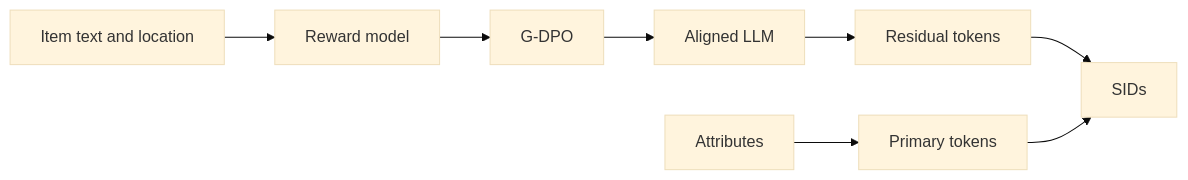
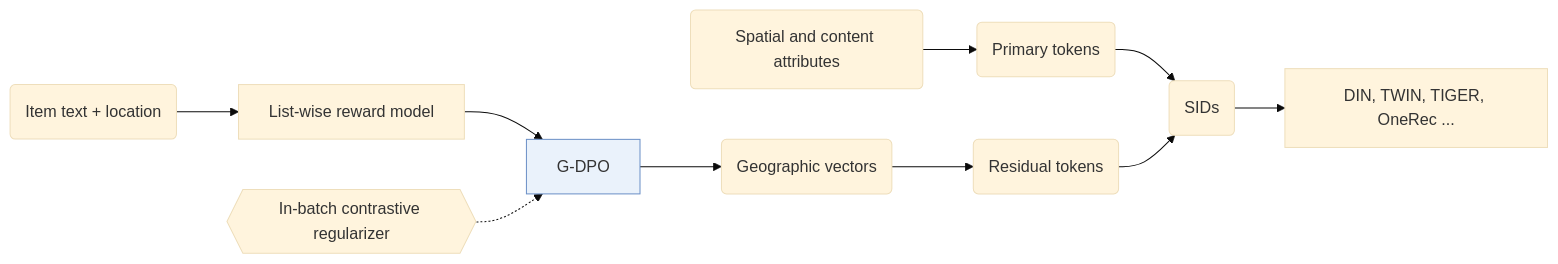
Before and after one commit to Galaxy-ghost/Awesome-SID-Generative-Rec: the diagram in notes/lgsid.md, drawn with Mermaid (base theme). The commit also changed 521 other files, not shown here.

Commit message:
writer-04 part 3: algorithm diagrams with shared shape conventions, README hero and paper cards, archive removed

````diff
--- a/notes/lgsid.md
+++ b/notes/lgsid.md
@@ -13,10 +13,13 @@
 ```mermaid
 flowchart LR
-    A[Item text and location] --> B[Reward model]
-    B --> C[G-DPO]
-    C --> D[Aligned LLM]
-    D --> E[Residual tokens]
-    F[Attributes] --> G[Primary tokens]
-    E --> H[SIDs]
-    G --> H
+    A("Item text + location") --> B["List-wise reward model"]
+    B --> C["G-DPO"]:::key
+    L1{{"In-batch contrastive regularizer"}} -.-> C
+    C --> D("Geographic vectors")
+    D --> E("Residual tokens")
+    F("Spatial and content attributes") --> G("Primary tokens")
+    G --> H("SIDs")
+    E --> H
+    H --> I["DIN, TWIN, TIGER, OneRec ..."]
+    classDef key fill:#eaf2fb,stroke:#6b8fc7
 ```
````
